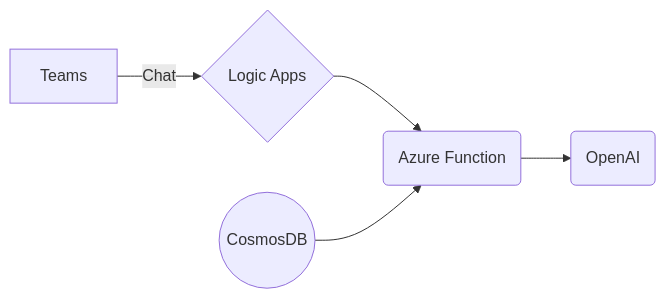
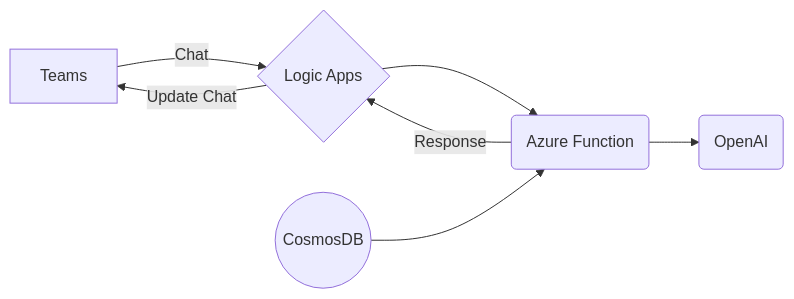
The first of 3 diagrams in README.md (nagendramishr/mini-rag-quickstart), drawn with Mermaid before and after one commit.

````diff
--- a/README.md
+++ b/README.md
@@ -27,7 +27,9 @@
 ```mermaid
 graph LR
 A[Teams] -- Chat --> B{Logic Apps}
 B --> C(Azure Function)
 D((CosmosDB)) --> C
 C --> E(OpenAI)
+C -- Response --> B
+B -- Update Chat --> A 
 ```
````
